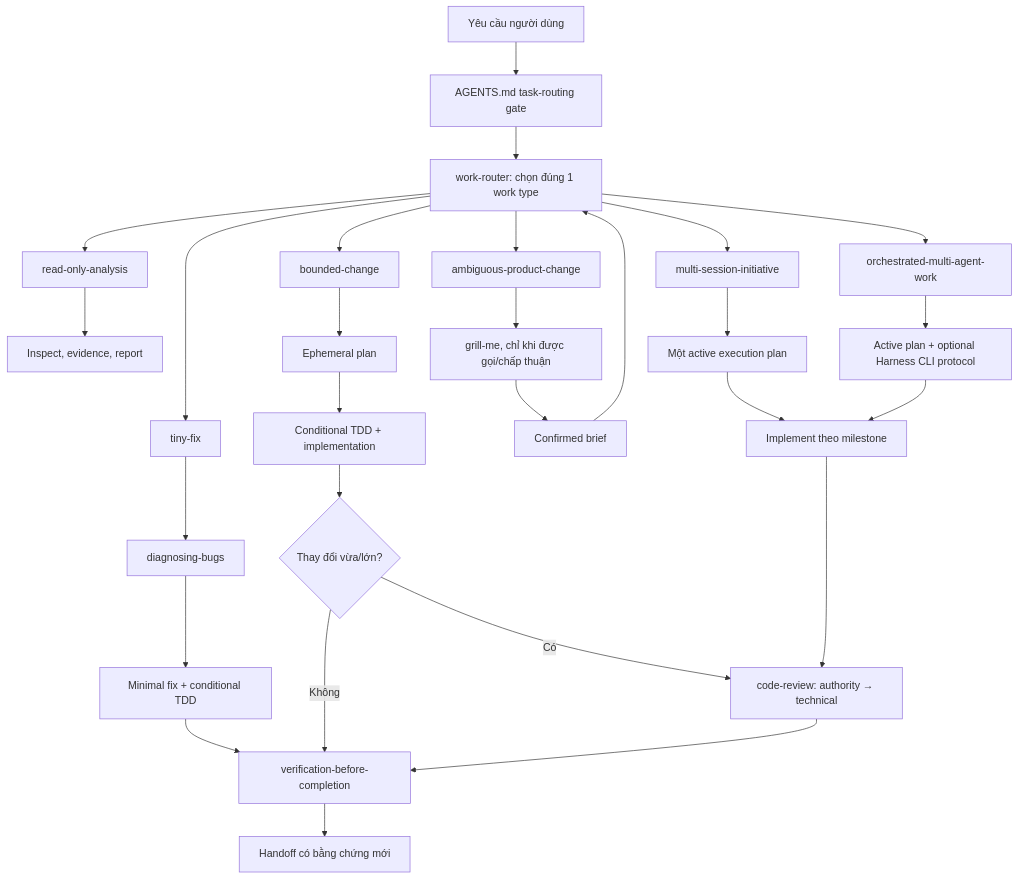
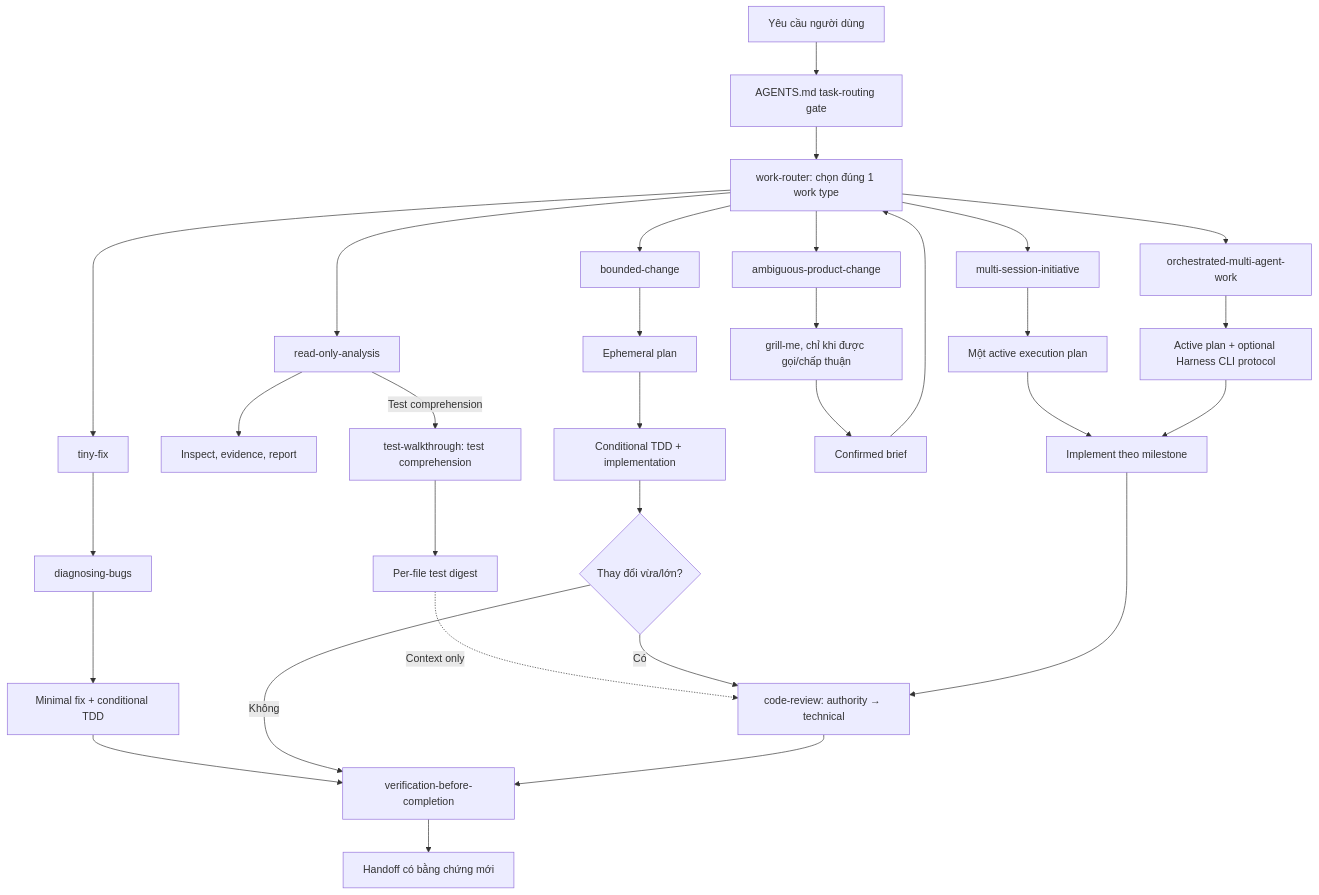
Before and after one commit to duong991/harness-repo: the diagram in docs/HARNESS_WORKFLOW_GUIDE.md, drawn with Mermaid. The commit also changed other lines of this file and 11 other files, not shown here.

Commit message:
feat: Introduce test-walkthrough skill for read-only test comprehension; add documentation and integrate into SDLC

````diff
--- a/docs/HARNESS_WORKFLOW_GUIDE.md
+++ b/docs/HARNESS_WORKFLOW_GUIDE.md
@@ -32,31 +32,34 @@
 ```mermaid
 flowchart TD
     U["Yêu cầu người dùng"] --> G["AGENTS.md task-routing gate"]
     G --> R["work-router: chọn đúng 1 work type"]
     R --> RO["read-only-analysis"]
     R --> TF["tiny-fix"]
     R --> BC["bounded-change"]
     R --> AP["ambiguous-product-change"]
     R --> MS["multi-session-initiative"]
     R --> OM["orchestrated-multi-agent-work"]
 
     RO --> E["Inspect, evidence, report"]
+    RO -->|"Test comprehension"| TW["test-walkthrough: test comprehension"]
+    TW --> TD["Per-file test digest"]
+    TD -. "Context only" .-> RV
     TF --> D["diagnosing-bugs"]
     D --> F["Minimal fix + conditional TDD"]
     F --> V["verification-before-completion"]
     BC --> EP["Ephemeral plan"]
     EP --> I["Conditional TDD + implementation"]
     I --> Q{"Thay đổi vừa/lớn?"}
     Q -- "Có" --> RV["code-review: authority → technical"]
     Q -- "Không" --> V
     RV --> V
     AP --> GM["grill-me, chỉ khi được gọi/chấp thuận"]
     GM --> CB["Confirmed brief"]
     CB --> R
     MS --> DP["Một active execution plan"]
     DP --> M["Implement theo milestone"]
     M --> RV
     OM --> CP["Active plan + optional Harness CLI protocol"]
     CP --> M
     V --> H["Handoff có bằng chứng mới"]
 ```
````
